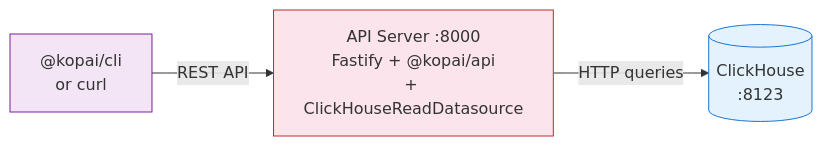
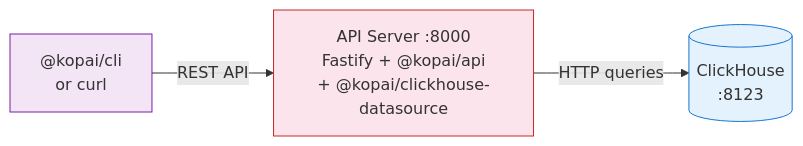
Before and after one commit to kopai-app/kopai-mono: the second of 3 diagrams in examples/clickhouse-observability-backend/README.md, drawn with Mermaid. The commit also changed other lines of this file, not shown here.

Commit message:
fix(docs): API text in diagram

````diff
--- a/examples/clickhouse-observability-backend/README.md
+++ b/examples/clickhouse-observability-backend/README.md
@@ -21,9 +21,9 @@
 ```mermaid
 flowchart LR
-    D["@kopai/cli<br/>or curl"] -->|REST API| E["API Server :8000<br/>Fastify + @kopai/api<br/>+ ClickHouseReadDatasource"]
+    D["@kopai/cli<br/>or curl"] -->|REST API| E["API Server :8000<br/>Fastify + @kopai/api<br/>+ @kopai/clickhouse-datasource"]
     E -->|HTTP queries| F[("ClickHouse<br/>:8123")]
 
     style D fill:#f3e5f5,stroke:#7b1fa2
     style E fill:#fce4ec,stroke:#c62828
     style F fill:#e3f2fd,stroke:#1976d2
 ```
````
